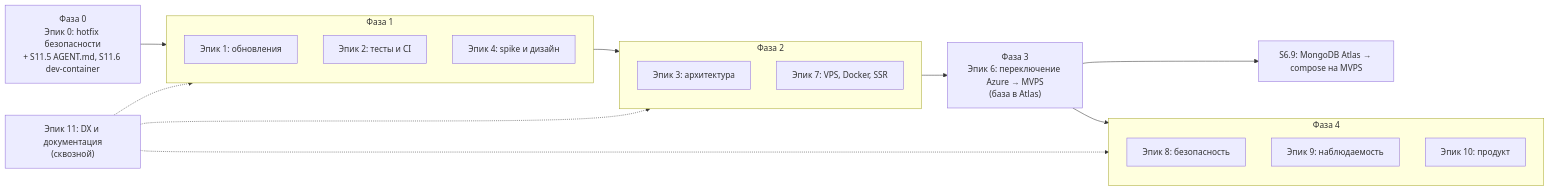
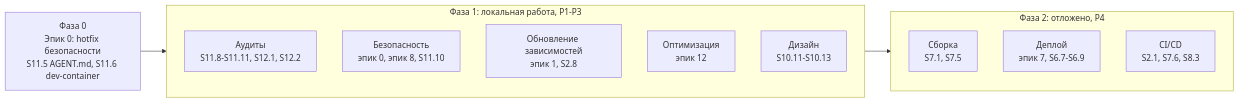
Before and after one commit to bgrmv/sfl: the diagram in docs/backlog/README.md, drawn with Mermaid. The commit also changed other lines of this file and 34 other files, not shown here.

````diff
--- a/docs/backlog/README.md
+++ b/docs/backlog/README.md
@@ -52,23 +82,17 @@
 ```mermaid
 flowchart LR
-  E0["Фаза 0<br/>Эпик 0: hotfix безопасности<br/>+ S11.5 AGENT.md, S11.6 dev-container"] --> P1
-  subgraph P1["Фаза 1"]
-    E1["Эпик 1: обновления"]
-    E2["Эпик 2: тесты и CI"]
-    E4["Эпик 4: spike и дизайн"]
+  E0["Фаза 0<br/>Эпик 0: hotfix безопасности<br/>S11.5 AGENT.md, S11.6 dev-container"] --> L
+  subgraph L["Фаза 1: локальная работа, P1-P3"]
+    A["Аудиты<br/>S11.8-S11.11, S12.1, S12.2"]
+    S["Безопасность<br/>эпик 0, эпик 8, S11.10"]
+    D["Обновление зависимостей<br/>эпик 1, S2.8"]
+    O["Оптимизация<br/>эпик 12"]
+    G["Дизайн<br/>S10.11-S10.13"]
   end
-  P1 --> P2
-  subgraph P2["Фаза 2"]
-    E3["Эпик 3: архитектура"]
-    E7["Эпик 7: VPS, Docker, SSR"]
+  L --> P4
+  subgraph P4["Фаза 2: отложено, P4"]
+    B["Сборка<br/>S7.1, S7.5"]
+    DP["Деплой<br/>эпик 7, S6.7-S6.9"]
+    CI["CI/CD<br/>S2.1, S7.6, S8.3"]
   end
-  P2 --> E6["Фаза 3<br/>Эпик 6: переключение Azure → MVPS<br/>(база в Atlas)"]
-  E6 --> P4
-  E6 --> DB["S6.9: MongoDB Atlas → compose на MVPS"]
-  subgraph P4["Фаза 4"]
-    E8["Эпик 8: безопасность"]
-    E9["Эпик 9: наблюдаемость"]
-    E10["Эпик 10: продукт"]
-  end
-  E11["Эпик 11: DX и документация<br/>(сквозной)"] -.-> P1 & P2 & P4
 ```
````
